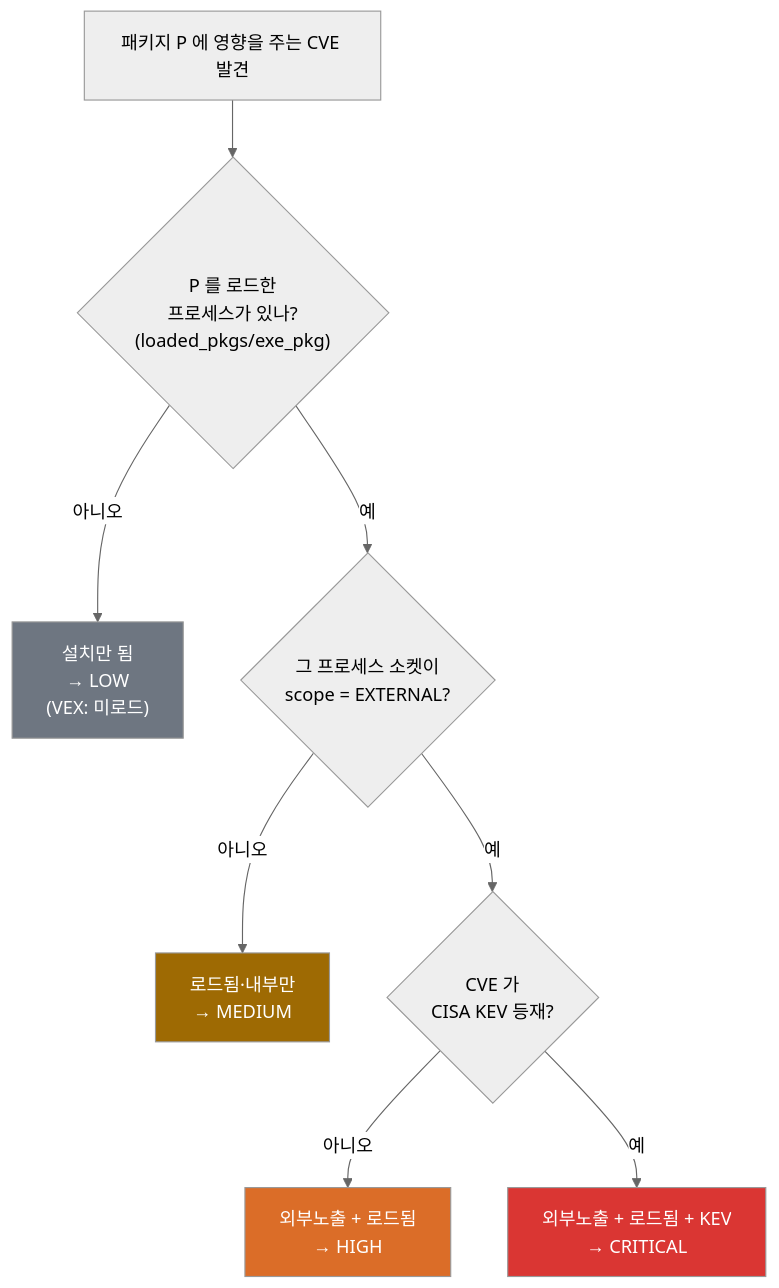
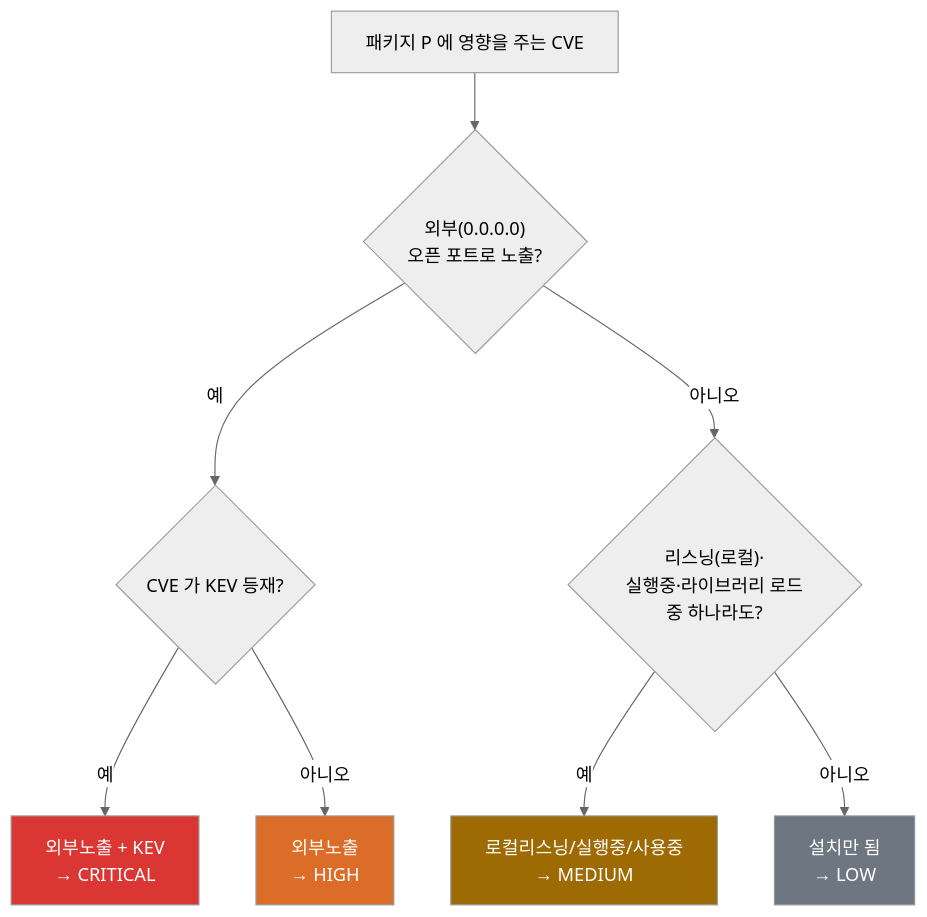
One commit to JeongDoWook/vuln-agent changed the second of 6 diagrams in docs/architecture.md. Above: the diagram before and after it, drawn with Mermaid (neutral theme). The commit also changed other lines of this file and 2 other files, not shown here.

First line of the commit message:
docs: 문서 최신화 + 전체 프로세스 HTML

````diff
--- a/docs/architecture.md
+++ b/docs/architecture.md
@@ -51,15 +52,15 @@
 ```mermaid
 flowchart TD
-    START["패키지 P 에 영향을 주는 CVE 발견"] --> LOADED{"P 를 로드한<br/>프로세스가 있나?<br/>(loaded_pkgs/exe_pkg)"}
-    LOADED -->|아니오| INSTALLED["설치만 됨<br/>→ LOW<br/>(VEX: 미로드)"]
-    LOADED -->|예| EXT{"그 프로세스 소켓이<br/>scope = EXTERNAL?"}
-    EXT -->|아니오| LOCAL["로드됨·내부만<br/>→ MEDIUM"]
-    EXT -->|예| KEV{"CVE 가<br/>CISA KEV 등재?"}
-    KEV -->|아니오| HIGH["외부노출 + 로드됨<br/>→ HIGH"]
-    KEV -->|예| CRIT["외부노출 + 로드됨 + KEV<br/>→ CRITICAL"]
+    START["패키지 P 에 영향을 주는 CVE"] --> EXT{"외부(0.0.0.0)<br/>오픈 포트로 노출?"}
+    EXT -->|예| KEV{"CVE 가 KEV 등재?"}
+    KEV -->|예| CRIT["외부노출 + KEV<br/>→ CRITICAL"]
+    KEV -->|아니오| HIGH["외부노출<br/>→ HIGH"]
+    EXT -->|아니오| USE{"리스닝(로컬)·<br/>실행중·라이브러리 로드<br/>중 하나라도?"}
+    USE -->|예| MED["로컬리스닝/실행중/사용중<br/>→ MEDIUM"]
+    USE -->|아니오| INS["설치만 됨<br/>→ LOW"]
 
     style CRIT fill:#da3633,color:#fff
     style HIGH fill:#db6d28,color:#fff
-    style LOCAL fill:#9e6a03,color:#fff
-    style INSTALLED fill:#6e7681,color:#fff
+    style MED fill:#9e6a03,color:#fff
+    style INS fill:#6e7681,color:#fff
 ```
````
